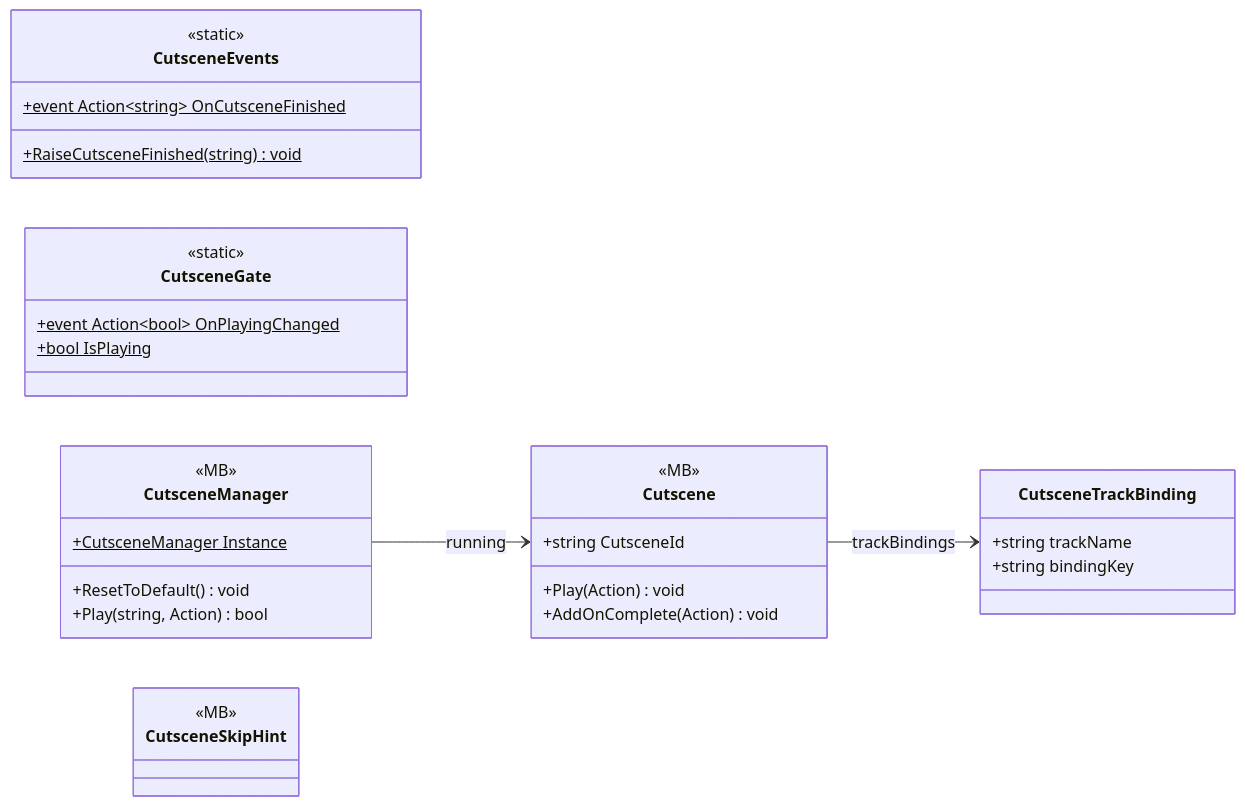
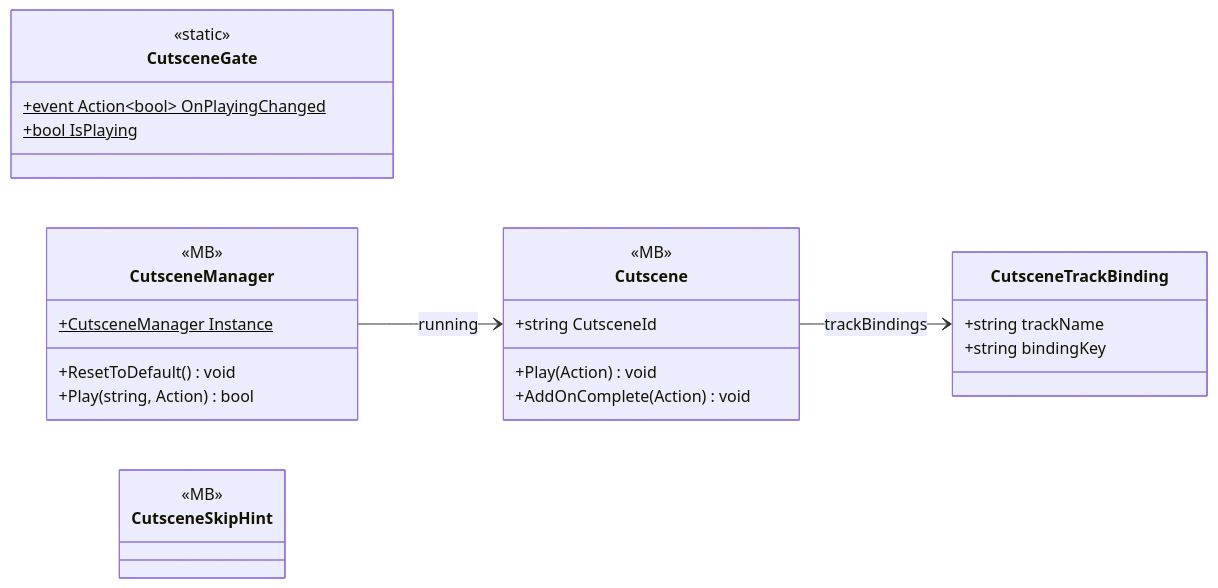
Before and after one commit to PhumipatWave/project-ocean: the diagram in docs/uml/modules/Gameplay_Cutscenes.md, drawn with Mermaid. The commit also changed other lines of this file and 191 other files, not shown here.

````diff
--- a/docs/uml/modules/Gameplay_Cutscenes.md
+++ b/docs/uml/modules/Gameplay_Cutscenes.md
@@ -7,35 +7,30 @@
 ```mermaid
 classDiagram
   direction LR
   class CutsceneTrackBinding {
     +string trackName
     +string bindingKey
   }
   class Cutscene {
     <<MB>>
     +string CutsceneId
     +Play(Action) void
     +AddOnComplete(Action) void
-  }
-  class CutsceneEvents {
-    <<static>>
-    +event Action~string~ OnCutsceneFinished$
-    +RaiseCutsceneFinished(string)$ void
   }
   class CutsceneGate {
     <<static>>
     +event Action~bool~ OnPlayingChanged$
     +bool IsPlaying$
   }
   class CutsceneManager {
     <<MB>>
     +CutsceneManager Instance$
     +ResetToDefault() void
     +Play(string, Action) bool
   }
   class CutsceneSkipHint {
     <<MB>>
   }
   Cutscene --> CutsceneTrackBinding : trackBindings
   CutsceneManager --> Cutscene : running
 ```
````
